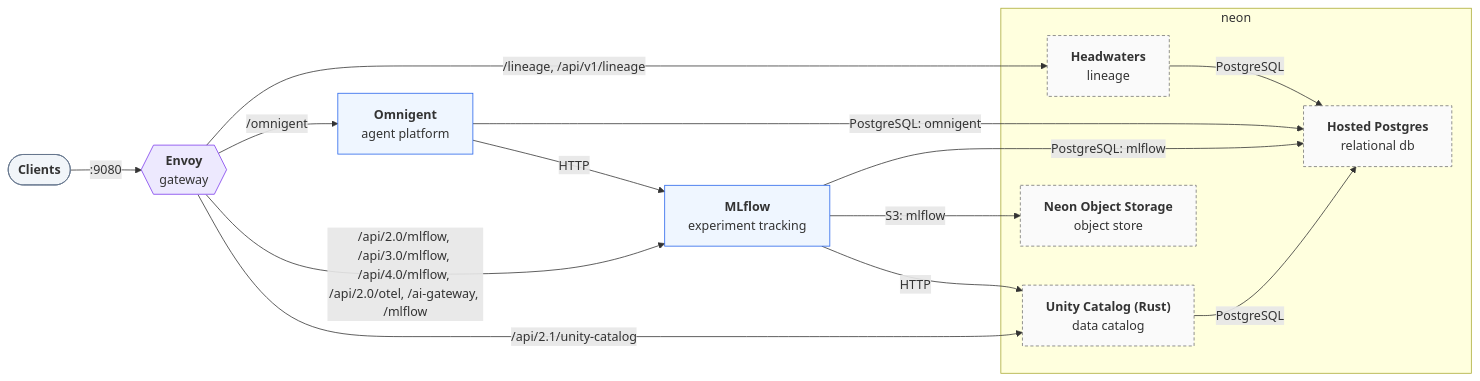
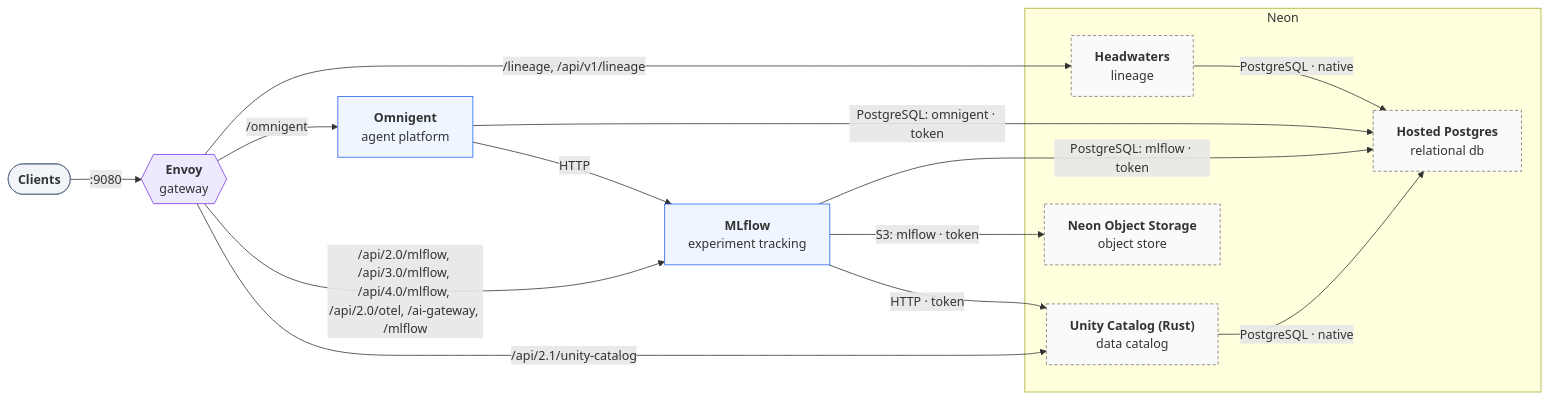
The diagram in test/expected/neon-hybrid/README.md (open-lakehouse/trestle), drawn with Mermaid before and after one commit. The commit also changed 27 other files, not shown here.

First line of the commit message:
feat(olai-stack-topology): Neon and Databricks groups in the environment graph (#443)

````diff
--- a/test/expected/neon-hybrid/README.md
+++ b/test/expected/neon-hybrid/README.md
@@ -9,29 +9,29 @@
 ```mermaid
 flowchart LR
     n0(["<b>Clients</b>"]):::clients
     n1{{"<b>Envoy</b><br/>gateway"}}:::gateway
     n4["<b>Omnigent</b><br/>agent platform"]:::component
     n6["<b>MLflow</b><br/>experiment tracking"]:::component
-    subgraph cloud0["neon"]
+    subgraph cloud0["Neon"]
         n2["<b>Headwaters</b><br/>lineage"]:::external
         n3["<b>Hosted Postgres</b><br/>relational db"]:::external
         n5["<b>Neon Object Storage</b><br/>object store"]:::external
         n7["<b>Unity Catalog (Rust)</b><br/>data catalog"]:::external
     end
     n0 -->|":9080"| n1
     n1 -->|"/lineage, /api/v1/lineage"| n2
     n1 -->|"/omnigent"| n4
     n1 -->|"/api/2.0/mlflow, /api/3.0/mlflow, /api/4.0/mlflow, /api/2.0/otel, /ai-gateway, /mlflow"| n6
     n1 -->|"/api/2.1/unity-catalog"| n7
-    n4 -->|"PostgreSQL: omnigent"| n3
-    n6 -->|"PostgreSQL: mlflow"| n3
-    n6 -->|"S3: mlflow"| n5
+    n4 -->|"PostgreSQL: omnigent · token"| n3
+    n6 -->|"PostgreSQL: mlflow · token"| n3
+    n6 -->|"S3: mlflow · token"| n5
     n4 -->|"HTTP"| n6
-    n6 -->|"HTTP"| n7
-    n2 -->|"PostgreSQL"| n3
-    n7 -->|"PostgreSQL"| n3
+    n6 -->|"HTTP · token"| n7
+    n2 -->|"PostgreSQL · native"| n3
+    n7 -->|"PostgreSQL · native"| n3
     classDef clients fill:#f1f5f9,stroke:#64748b
     classDef gateway fill:#ede9fe,stroke:#7c3aed
     classDef component fill:#eff6ff,stroke:#2563eb
     classDef external fill:#fafafa,stroke:#737373,stroke-dasharray: 4 3
 ```
````
